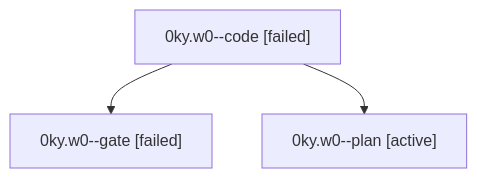
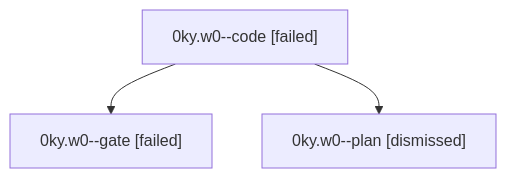
One commit to sase-org/sase--agents changed the diagram in sessions/bbugyi200.athena.0ky.w0.md. Above: the diagram before and after it, drawn with Mermaid. The commit also changed other lines of this file and 31 other files, not shown here.

````diff
--- a/sessions/bbugyi200.athena.0ky.w0.md
+++ b/sessions/bbugyi200.athena.0ky.w0.md
@@ -9,8 +9,8 @@
 ```mermaid
 flowchart TD
   n0["0ky.w0--code [failed]"]
   n1["0ky.w0--gate [failed]"]
   n0 --> n1
-  n2["0ky.w0--plan [active]"]
+  n2["0ky.w0--plan [dismissed]"]
   n0 --> n2
 ```
````
